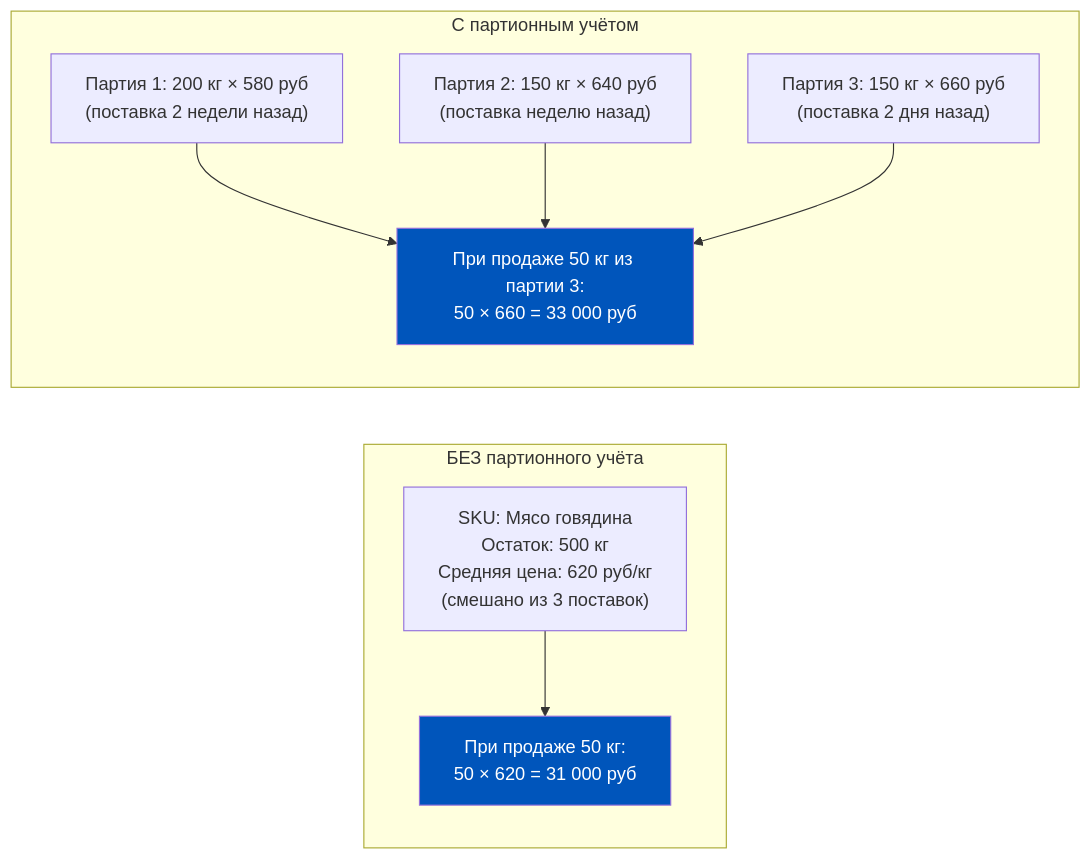
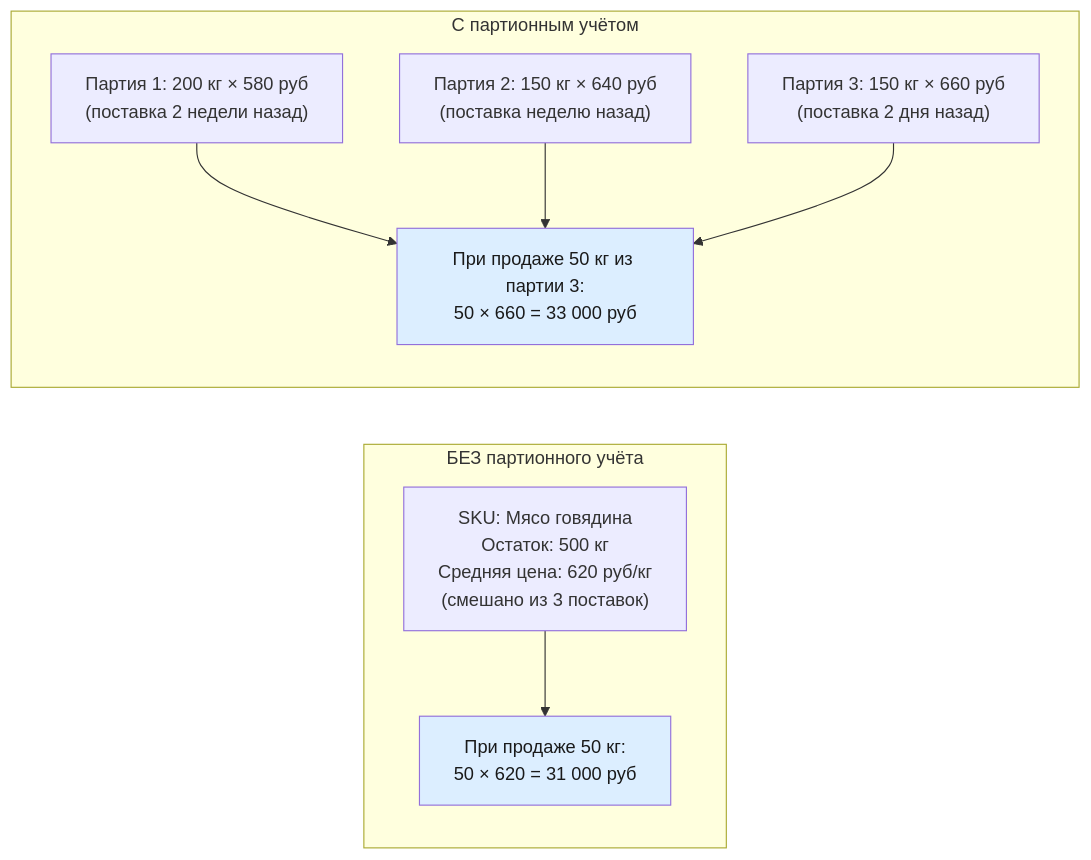
Before and after one commit to murad1986/1c-erp-quartz: the third of 7 diagrams in content/1c-erp/week_8/Неделя 8 - День 1 - Себестоимость.md, drawn with Mermaid. The commit also changed other lines of this file and 57 other files, not shown here.

First line of the commit message:
fix: Mermaid — пастельные цвета в источниках диаграмм (56 файлов)

````diff
--- a/content/1c-erp/week_8/Неделя 8 - День 1 - Себестоимость.md
+++ b/content/1c-erp/week_8/Неделя 8 - День 1 - Себестоимость.md
@@ -135,21 +135,21 @@
 ```mermaid
 flowchart LR
     subgraph "БЕЗ партионного учёта"
         A1["SKU: Мясо говядина<br/>Остаток: 500 кг<br/>Средняя цена: 620 руб/кг<br/>(смешано из 3 поставок)"]
         A2["При продаже 50 кг:<br/>50 × 620 = 31 000 руб"]
         A1 --> A2
     end
 
     subgraph "С партионным учётом"
         B1["Партия 1: 200 кг × 580 руб<br/>(поставка 2 недели назад)"]
         B2["Партия 2: 150 кг × 640 руб<br/>(поставка неделю назад)"]
         B3["Партия 3: 150 кг × 660 руб<br/>(поставка 2 дня назад)"]
         B4["При продаже 50 кг из партии 3:<br/>50 × 660 = 33 000 руб"]
         B1 --> B4
         B2 --> B4
         B3 --> B4
     end
 
-    style A2 fill:#0055BB,color:#fff
-    style B4 fill:#0055BB,color:#fff
+    style A2 fill:#dceeff,color:#1a1a1a
+    style B4 fill:#dceeff,color:#1a1a1a
 ```
````
